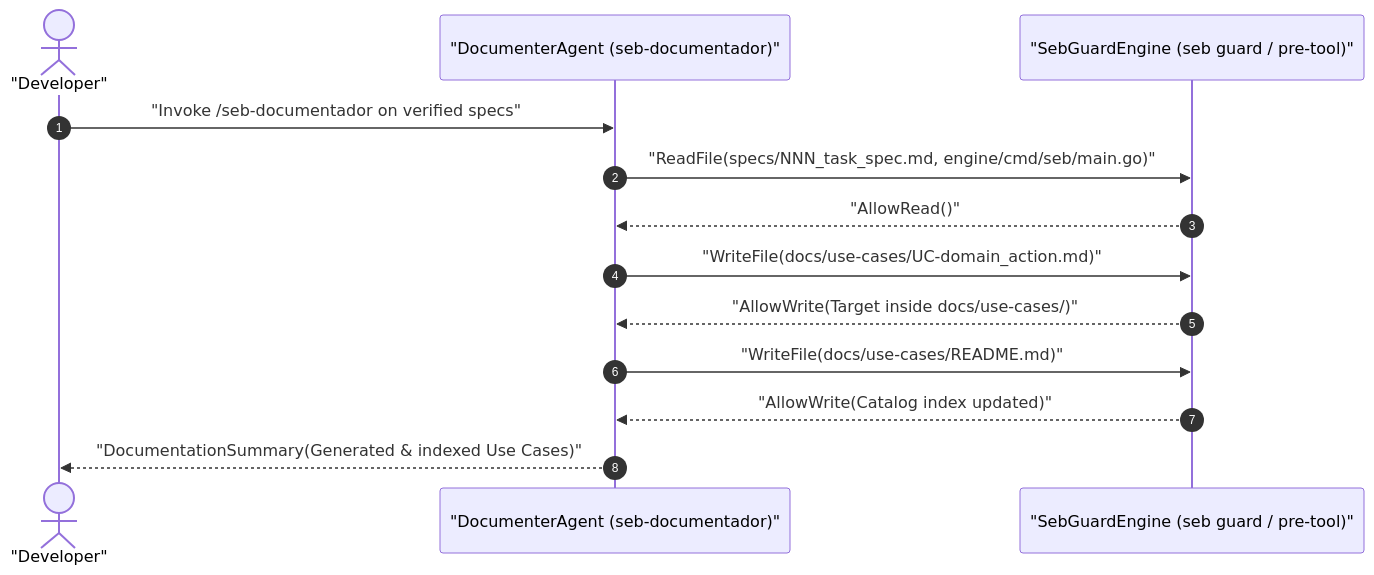
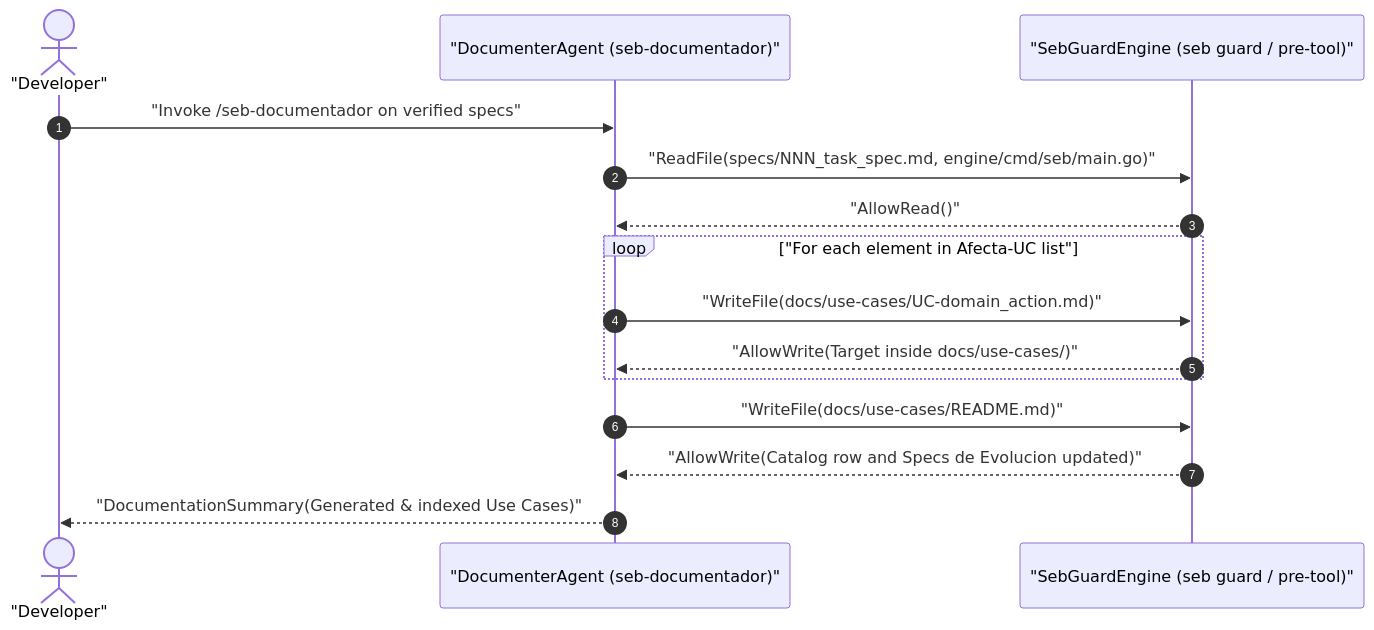
One commit to Calevin/seb-harness changed the first of 2 diagrams in docs/use-cases/UC-documentation_functional_generation.md. Above: the diagram before and after it, drawn with Mermaid. The commit also changed other lines of this file and 11 other files, not shown here.

````diff
--- a/docs/use-cases/UC-documentation_functional_generation.md
+++ b/docs/use-cases/UC-documentation_functional_generation.md
@@ -18,18 +22,20 @@
 ```mermaid
 sequenceDiagram
     autonumber
     actor Developer as "Developer"
     participant Agent as "DocumenterAgent (seb-documentador)"
     participant Guard as "SebGuardEngine (seb guard / pre-tool)"
 
     Developer->>Agent: "Invoke /seb-documentador on verified specs"
     Agent->>Guard: "ReadFile(specs/NNN_task_spec.md, engine/cmd/seb/main.go)"
     Guard-->>Agent: "AllowRead()"
 
-    Agent->>Guard: "WriteFile(docs/use-cases/UC-domain_action.md)"
-    Guard-->>Agent: "AllowWrite(Target inside docs/use-cases/)"
+    loop "For each element in Afecta-UC list"
+        Agent->>Guard: "WriteFile(docs/use-cases/UC-domain_action.md)"
+        Guard-->>Agent: "AllowWrite(Target inside docs/use-cases/)"
+    end
 
     Agent->>Guard: "WriteFile(docs/use-cases/README.md)"
-    Guard-->>Agent: "AllowWrite(Catalog index updated)"
+    Guard-->>Agent: "AllowWrite(Catalog row and Specs de Evolucion updated)"
     Agent-->>Developer: "DocumentationSummary(Generated & indexed Use Cases)"
 ```
````
